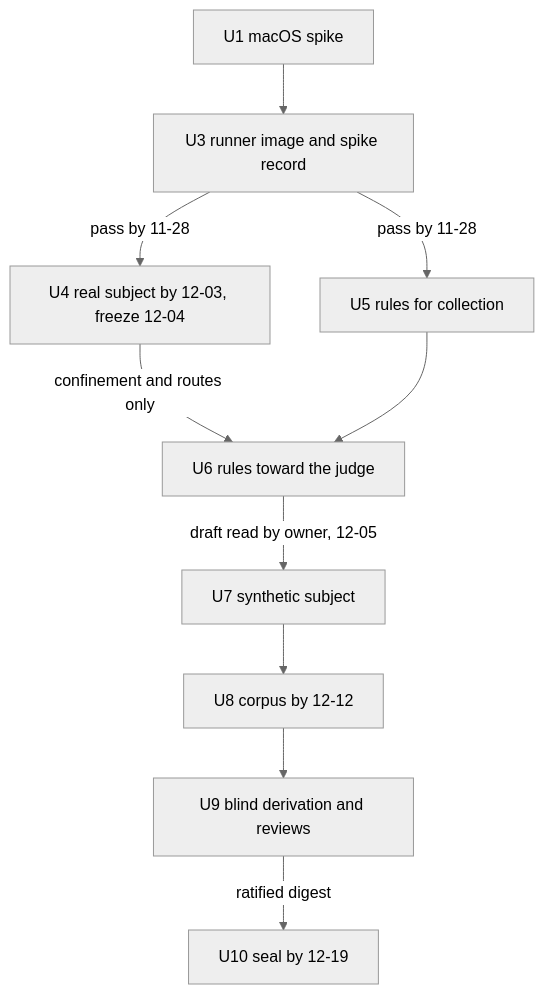
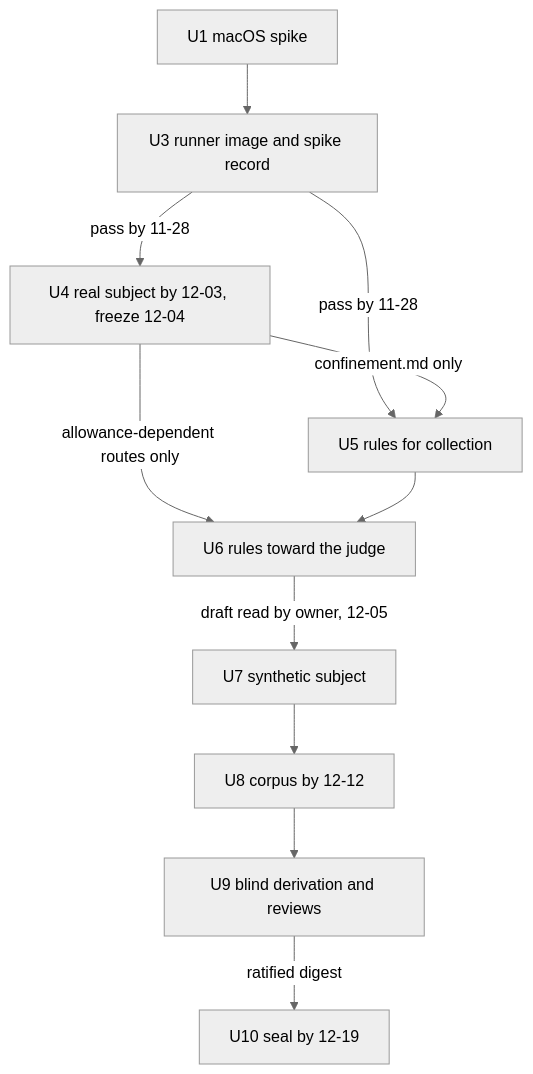
Before and after one commit to vinnyp/press-quality-lab: the second of 6 diagrams in docs/plans/2026-11-21-2309-feat-conformance-collection-spec-plan.md, drawn with Mermaid (neutral theme). The commit also changed other lines of this file and 45 other files, not shown here.

````diff
--- a/docs/plans/2026-11-21-2309-feat-conformance-collection-spec-plan.md
+++ b/docs/plans/2026-11-21-2309-feat-conformance-collection-spec-plan.md
@@ -450,12 +453,13 @@
 ```mermaid
 flowchart TB
   U1[U1 macOS spike] --> U3[U3 runner image and spike record]
   U3 -->|pass by 11-28| U4[U4 real subject by 12-03, freeze 12-04]
   U3 -->|pass by 11-28| U5[U5 rules for collection]
-  U4 -->|confinement and routes only| U6
+  U4 -->|confinement.md only| U5
+  U4 -->|allowance-dependent routes only| U6
   U5 --> U6[U6 rules toward the judge]
   U6 -->|draft read by owner, 12-05| U7[U7 synthetic subject]
   U7 --> U8[U8 corpus by 12-12]
   U8 --> U9[U9 blind derivation and reviews]
   U9 -->|ratified digest| U10[U10 seal by 12-19]
 ```
````
